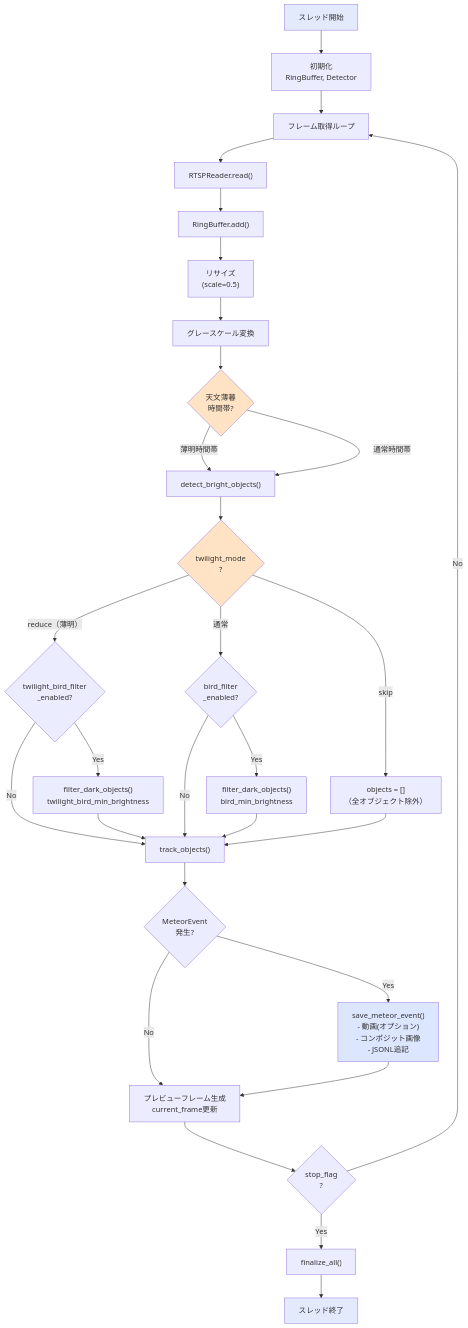
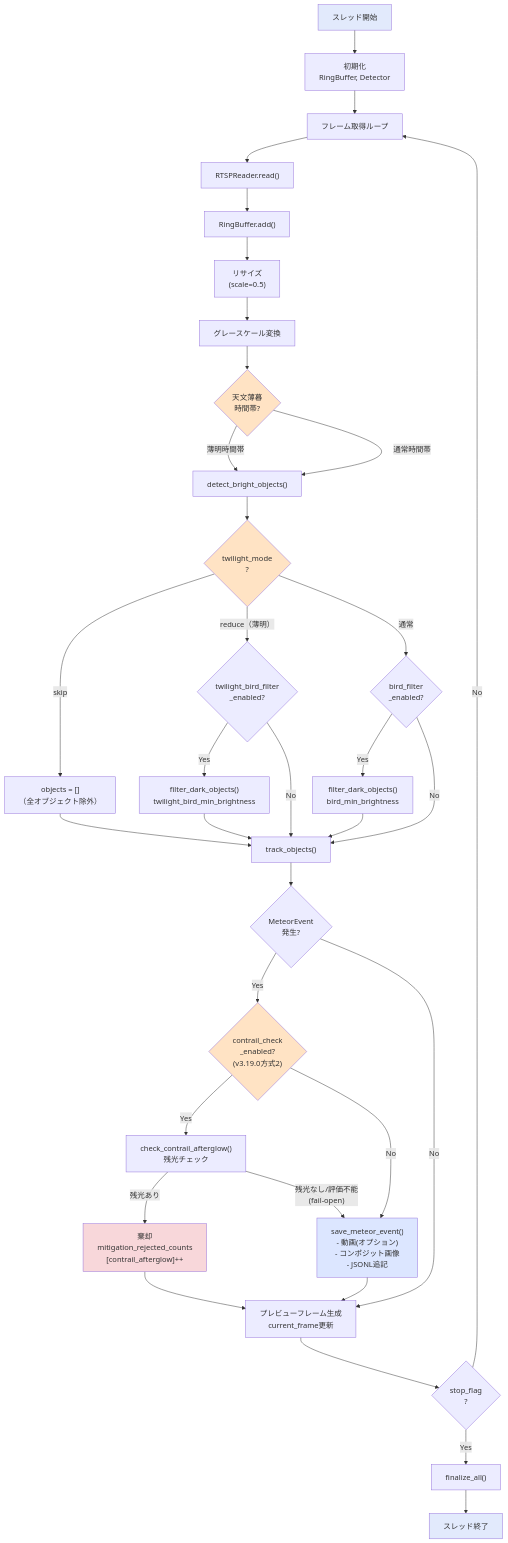
One commit to Masakai/meteo changed the seventh of 12 diagrams in documents/DETECTOR_COMPONENTS.md. Above: the diagram before and after it, drawn with Mermaid. The commit also changed other lines of this file and 19 other files, not shown here.

````diff
--- a/documents/DETECTOR_COMPONENTS.md
+++ b/documents/DETECTOR_COMPONENTS.md
@@ -607,72 +726,82 @@
 ```mermaid
 graph TD
     Start["スレッド開始"]
     Init["初期化<br/>RingBuffer, Detector"]
 
     Loop["フレーム取得ループ"]
     ReadFrame["RTSPReader.read()"]
     CheckTime{"天文薄暮<br/>時間帯?"}
 
     AddBuffer["RingBuffer.add()"]
     Resize["リサイズ<br/>(scale=0.5)"]
     Gray["グレースケール変換"]
 
     Detect["detect_bright_objects()"]
     CheckTwilightMode{"twilight_mode<br/>?"}
     SkipObjects["objects = []<br/>（全オブジェクト除外）"]
     CheckTwilightFilter{"twilight_bird_filter<br/>_enabled?"}
     FilterDarkTwilight["filter_dark_objects()<br/>twilight_bird_min_brightness"]
     CheckNormalFilter{"bird_filter<br/>_enabled?"}
     FilterDarkNormal["filter_dark_objects()<br/>bird_min_brightness"]
     Track["track_objects()"]
 
     CheckEvent{"MeteorEvent<br/>発生?"}
+    CheckContrail{"contrail_check<br/>_enabled?<br/>(v3.19.0方式2)"}
+    ContrailCheck["check_contrail_afterglow()<br/>残光チェック"]
+    RejectContrail["棄却<br/>mitigation_rejected_counts<br/>[contrail_afterglow]++"]
     SaveEvent["save_meteor_event()<br/>- 動画(オプション)<br/>- コンポジット画像<br/>- JSONL追記"]
 
     UpdatePreview["プレビューフレーム生成<br/>current_frame更新"]
 
     CheckStop{"stop_flag<br/>?"}
     Finalize["finalize_all()"]
     End["スレッド終了"]
 
     Start --> Init
     Init --> Loop
     Loop --> ReadFrame
     ReadFrame --> AddBuffer
     AddBuffer --> Resize
     Resize --> Gray
     Gray --> CheckTime
 
     CheckTime -->|"薄明時間帯"| Detect
     CheckTime -->|"通常時間帯"| Detect
 
     Detect --> CheckTwilightMode
     CheckTwilightMode -->|"skip"| SkipObjects
     CheckTwilightMode -->|"reduce（薄明）"| CheckTwilightFilter
     CheckTwilightMode -->|"通常"| CheckNormalFilter
 
     CheckTwilightFilter -->|"Yes"| FilterDarkTwilight
     CheckTwilightFilter -->|"No"| Track
     FilterDarkTwilight --> Track
 
     CheckNormalFilter -->|"Yes"| FilterDarkNormal
     CheckNormalFilter -->|"No"| Track
     FilterDarkNormal --> Track
 
     SkipObjects --> Track
     Track --> CheckEvent
-    CheckEvent -->|"Yes"| SaveEvent
+    CheckEvent -->|"Yes"| CheckContrail
     CheckEvent -->|"No"| UpdatePreview
+    CheckContrail -->|"Yes"| ContrailCheck
+    CheckContrail -->|"No"| SaveEvent
+    ContrailCheck -->|"残光あり"| RejectContrail
+    ContrailCheck -->|"残光なし/評価不能<br/>(fail-open)"| SaveEvent
+    RejectContrail --> UpdatePreview
     SaveEvent --> UpdatePreview
 
     UpdatePreview --> CheckStop
     CheckStop -->|"No"| Loop
     CheckStop -->|"Yes"| Finalize
     Finalize --> End
 
     style Start fill:#e2eafc
     style SaveEvent fill:#dce6ff
     style CheckTime fill:#ffe3c4
     style CheckTwilightMode fill:#ffe3c4
+    style CheckContrail fill:#ffe3c4
+    style RejectContrail fill:#f8d7da
     style End fill:#e2eafc
 ```
````
